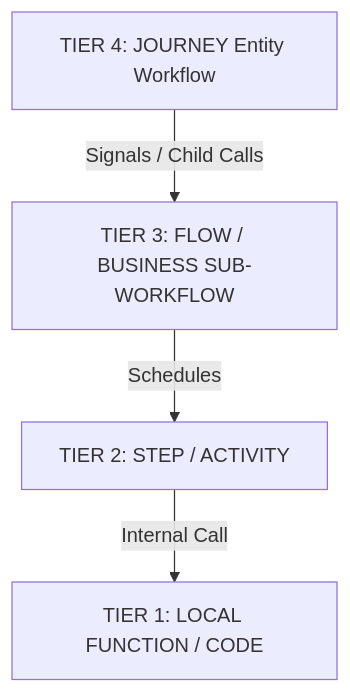
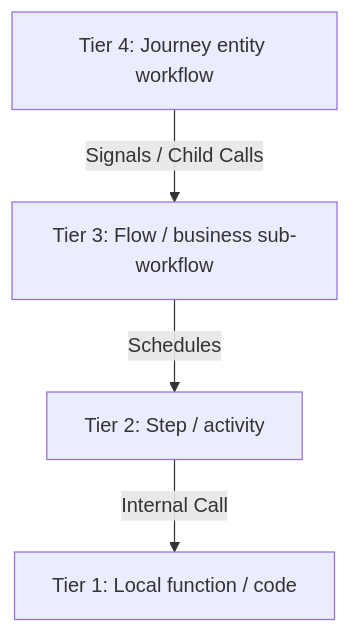
Before and after one commit to Chandra179/atlas: diagram 14 of 19 in blog/astro/src/content/docs/uber-architecture.md, drawn with Mermaid. The commit also changed other lines of this file and 4 other files, not shown here.

````diff
--- a/blog/astro/src/content/docs/uber-architecture.md
+++ b/blog/astro/src/content/docs/uber-architecture.md
@@ -740,10 +740,10 @@
 ```mermaid
 graph TB
-    T4["TIER 4: JOURNEY Entity Workflow"]
-    T3["TIER 3: FLOW / BUSINESS SUB-WORKFLOW"]
-    T2["TIER 2: STEP / ACTIVITY"]
-    T1["TIER 1: LOCAL FUNCTION / CODE"]
+    T4["Tier 4: Journey entity workflow"]
+    T3["Tier 3: Flow / business sub-workflow"]
+    T2["Tier 2: Step / activity"]
+    T1["Tier 1: Local function / code"]
     T4 -->|Signals / Child Calls| T3
     T3 -->|Schedules| T2
     T2 -->|Internal Call| T1
 ```
````
